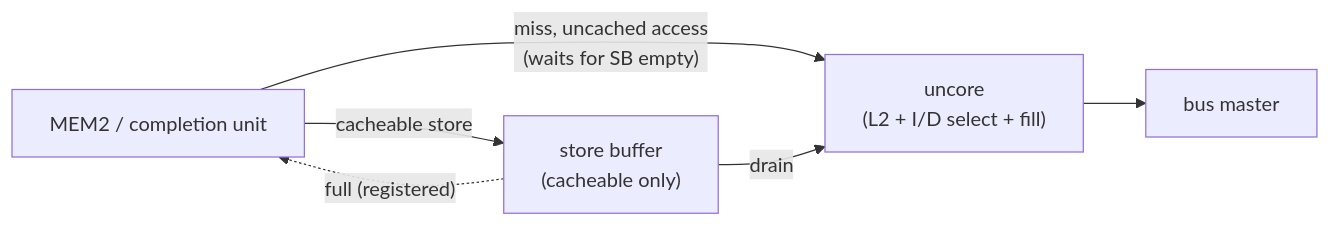
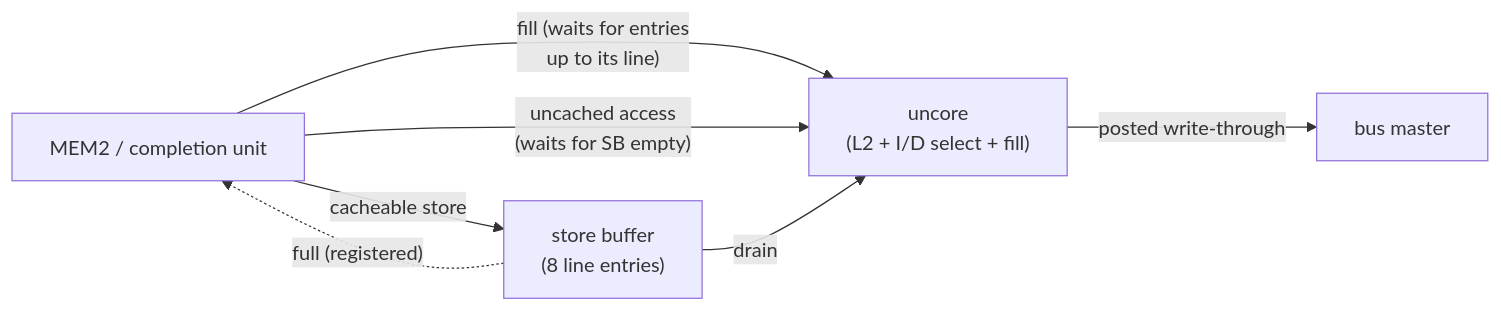
One commit to lonemeow/penumbra-minicomputer changed the diagram in doc/internals/penumbra3/memory-performance.md. Above: the diagram before and after it, drawn with Mermaid. The commit also changed other lines of this file and 3 other files, not shown here.

````diff
--- a/doc/internals/penumbra3/memory-performance.md
+++ b/doc/internals/penumbra3/memory-performance.md
@@ -486,8 +525,9 @@
 ```mermaid
 graph LR
-    M2["MEM2 / completion unit"] -->|cacheable store| SB["store buffer<br/>(cacheable only)"]
-    M2 -->|"miss, uncached access<br/>(waits for SB empty)"| UC
+    M2["MEM2 / completion unit"] -->|cacheable store| SB["store buffer<br/>(8 line entries)"]
+    M2 -->|"fill (waits for entries<br/>up to its line)"| UC
+    M2 -->|"uncached access<br/>(waits for SB empty)"| UC
     SB -->|drain| UC["uncore<br/>(L2 + I/D select + fill)"]
-    UC --> BM["bus master"]
+    UC -->|posted write-through| BM["bus master"]
     SB -. "full (registered)" .-> M2
 ```
````
